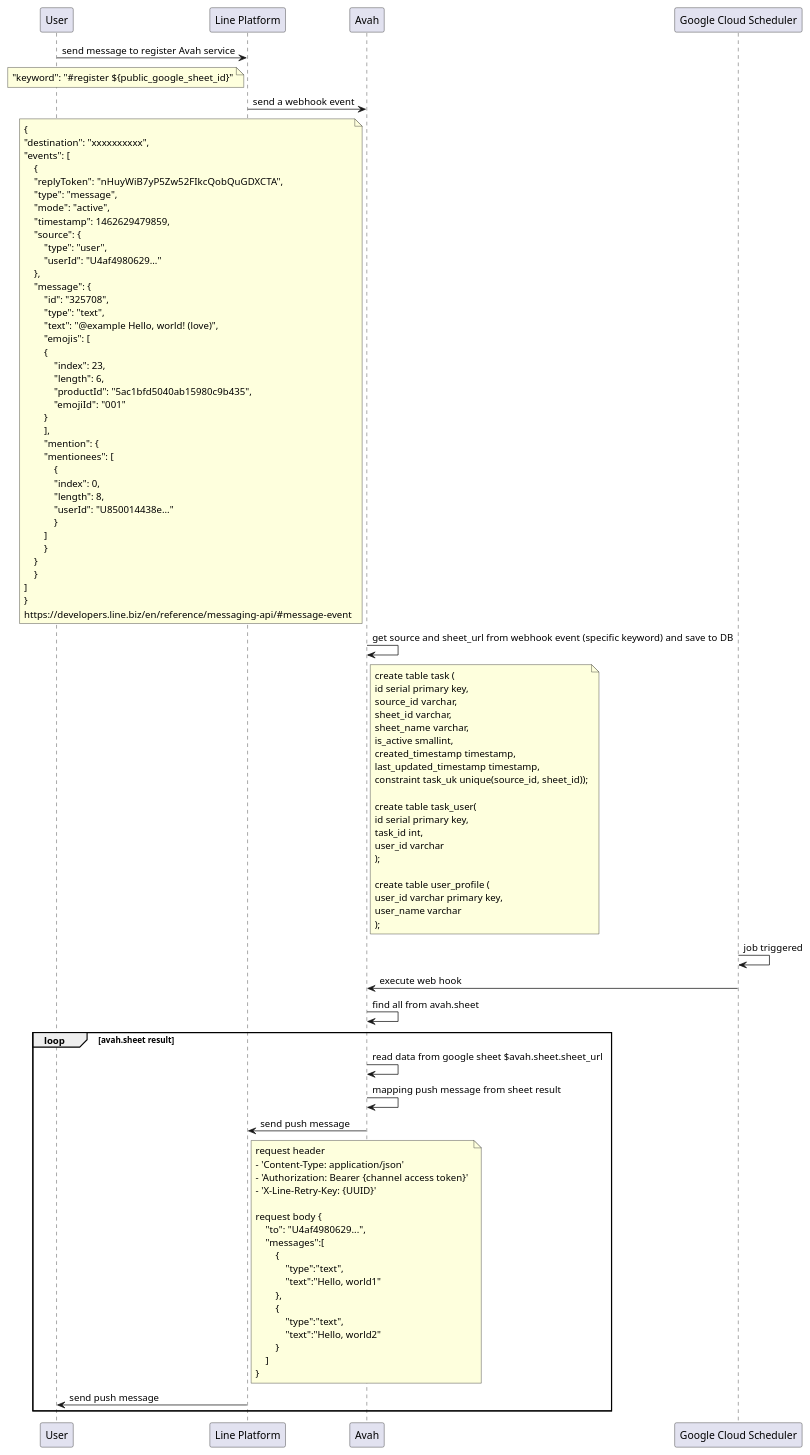
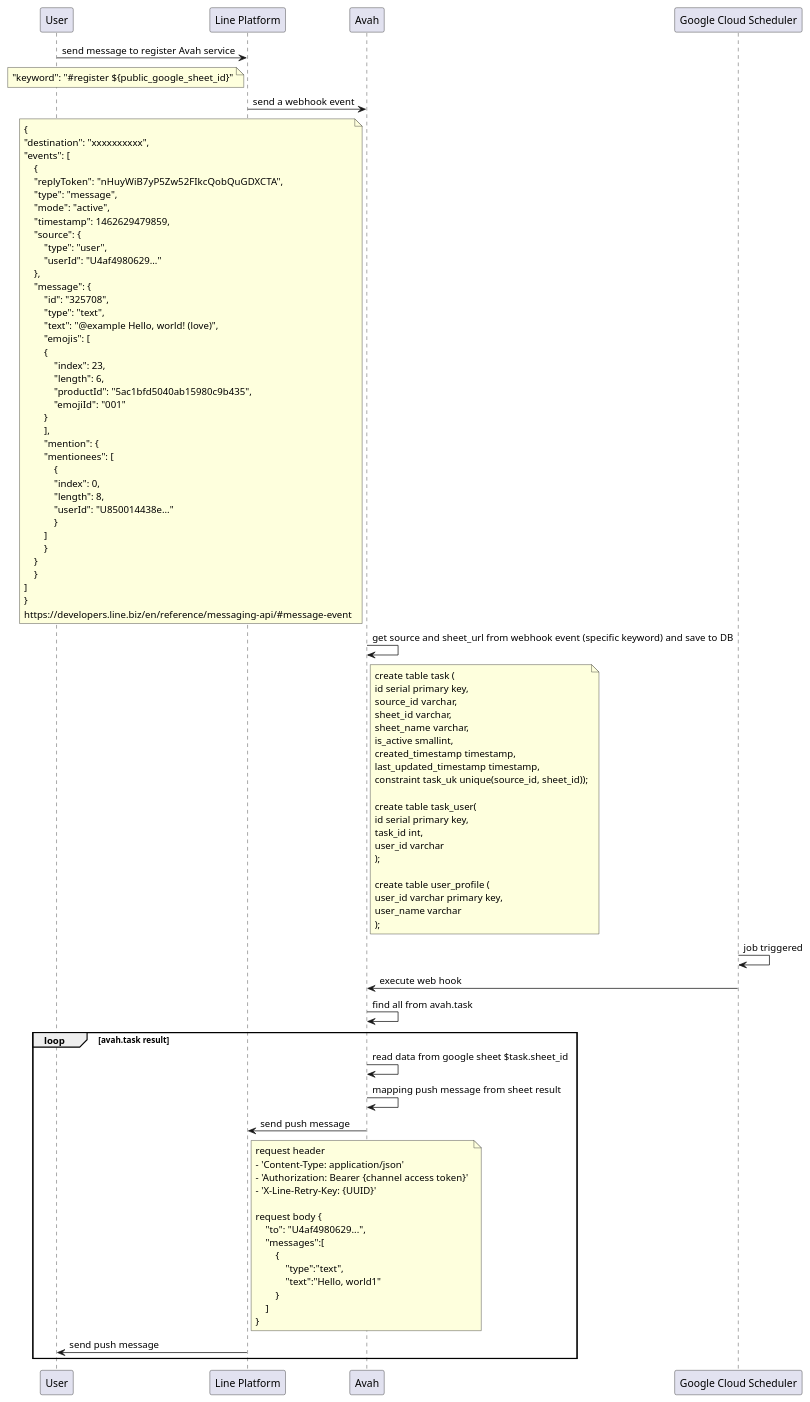
Before and after one commit to littlesquid/avah: the diagram in diagram.puml, drawn with PlantUML.

Commit message:
update diagram

```diff
--- a/diagram.puml
+++ b/diagram.puml
@@ -1,102 +1,98 @@
 @startuml Avah
 "User" -> "Line Platform": send message to register Avah service
 note left "Line Platform"
     "keyword": "#register ${public_google_sheet_id}"
 end note
 "Line Platform" -> "Avah": send a webhook event
 note left "Avah"
     {
     "destination": "xxxxxxxxxx",
     "events": [
         {
         "replyToken": "nHuyWiB7yP5Zw52FIkcQobQuGDXCTA",
         "type": "message",
         "mode": "active",
         "timestamp": 1462629479859,
         "source": {
             "type": "user",
             "userId": "U4af4980629..."
         },
         "message": {
             "id": "325708",
             "type": "text",
             "text": "@example Hello, world! (love)",
             "emojis": [
             {
                 "index": 23,
                 "length": 6,
                 "productId": "5ac1bfd5040ab15980c9b435",
                 "emojiId": "001"
             }
             ],
             "mention": {
             "mentionees": [
                 {
                 "index": 0,
                 "length": 8,
                 "userId": "U850014438e..."
                 }
             ]
             }
         }
         }
     ]
     }
     https://developers.line.biz/en/reference/messaging-api/#message-event
 end note
 "Avah" -> "Avah": get source and sheet_url from webhook event (specific keyword) and save to DB
 note right "Avah"
     create table task (
     id serial primary key,
     source_id varchar,
     sheet_id varchar,
     sheet_name varchar,
     is_active smallint,
     created_timestamp timestamp,
     last_updated_timestamp timestamp,
     constraint task_uk unique(source_id, sheet_id));
 
     create table task_user(
     id serial primary key,
     task_id int,
     user_id varchar
     );
 
     create table user_profile (
     user_id varchar primary key,
     user_name varchar
     );
 end note
 
 "Google Cloud Scheduler" -> "Google Cloud Scheduler": job triggered
 "Google Cloud Scheduler" -> "Avah": execute web hook
-"Avah" -> "Avah": find all from avah.sheet
-loop avah.sheet result
-"Avah" -> "Avah": read data from google sheet $avah.sheet.sheet_url
+"Avah" -> "Avah": find all from avah.task
+loop avah.task result
+"Avah" -> "Avah": read data from google sheet $task.sheet_id
 "Avah" -> "Avah": mapping push message from sheet result
 "Avah" -> "Line Platform": send push message
 note right "Line Platform"
 request header 
 - 'Content-Type: application/json' 
 - 'Authorization: Bearer {channel access token}' 
 - 'X-Line-Retry-Key: {UUID}' 
 
 request body {
     "to": "U4af4980629...",
     "messages":[
         {
             "type":"text",
             "text":"Hello, world1"
-        },
-        {
-            "type":"text",
-            "text":"Hello, world2"
         }
     ]
 }
 end note
 
 "Line Platform" -> "User": send push message
 end 
 
 @enduml
```
